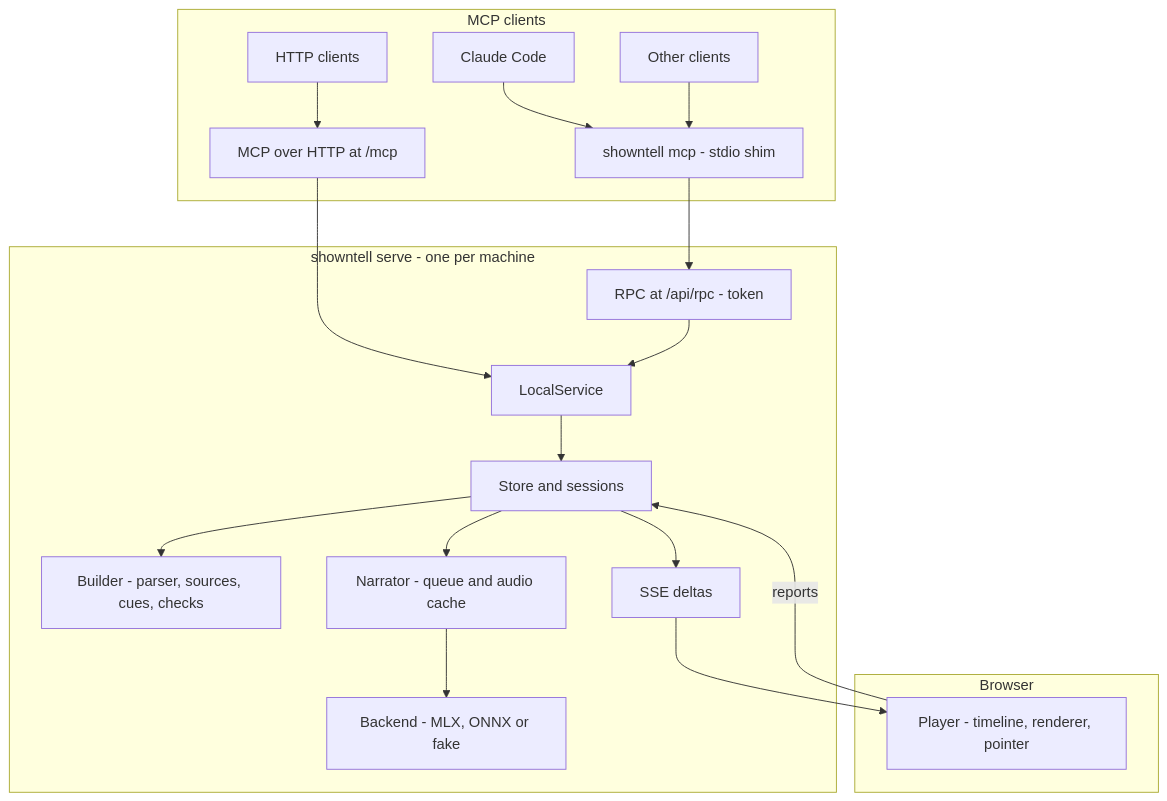
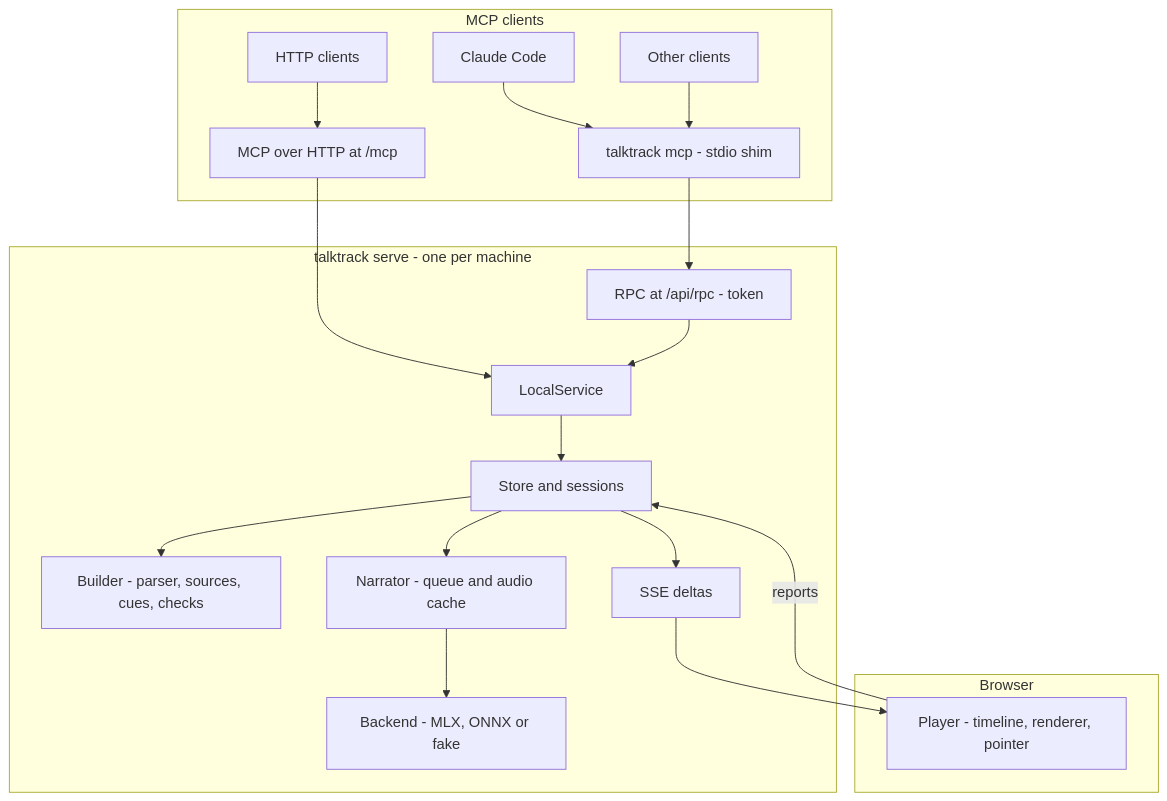
The first of 2 diagrams in docs/architecture.md (AhmedElhadarey/talktrack), drawn with Mermaid before and after one commit. The commit also changed other lines of this file and 249 other files, not shown here.

````diff
--- a/docs/architecture.md
+++ b/docs/architecture.md
@@ -5,23 +5,23 @@
 ```mermaid
 graph TB
   subgraph clients [MCP clients]
-    CC[Claude Code] --> SH[showntell mcp - stdio shim]
+    CC[Claude Code] --> SH[talktrack mcp - stdio shim]
     CU[Other clients] --> SH
     HT[HTTP clients] --> MCPH
   end
-  subgraph daemon [showntell serve - one per machine]
+  subgraph daemon [talktrack serve - one per machine]
     MCPH[MCP over HTTP at /mcp] --> SV[LocalService]
     RPC[RPC at /api/rpc - token] --> SV
     SV --> ST[Store and sessions]
     ST --> BL[Builder - parser, sources, cues, checks]
     ST --> NR[Narrator - queue and audio cache]
     NR --> BK[Backend - MLX, ONNX or fake]
     ST --> EV[SSE deltas]
   end
   subgraph browser [Browser]
     PL[Player - timeline, renderer, pointer]
   end
   SH --> RPC
   EV --> PL
   PL -->|reports| ST
 ```
````
